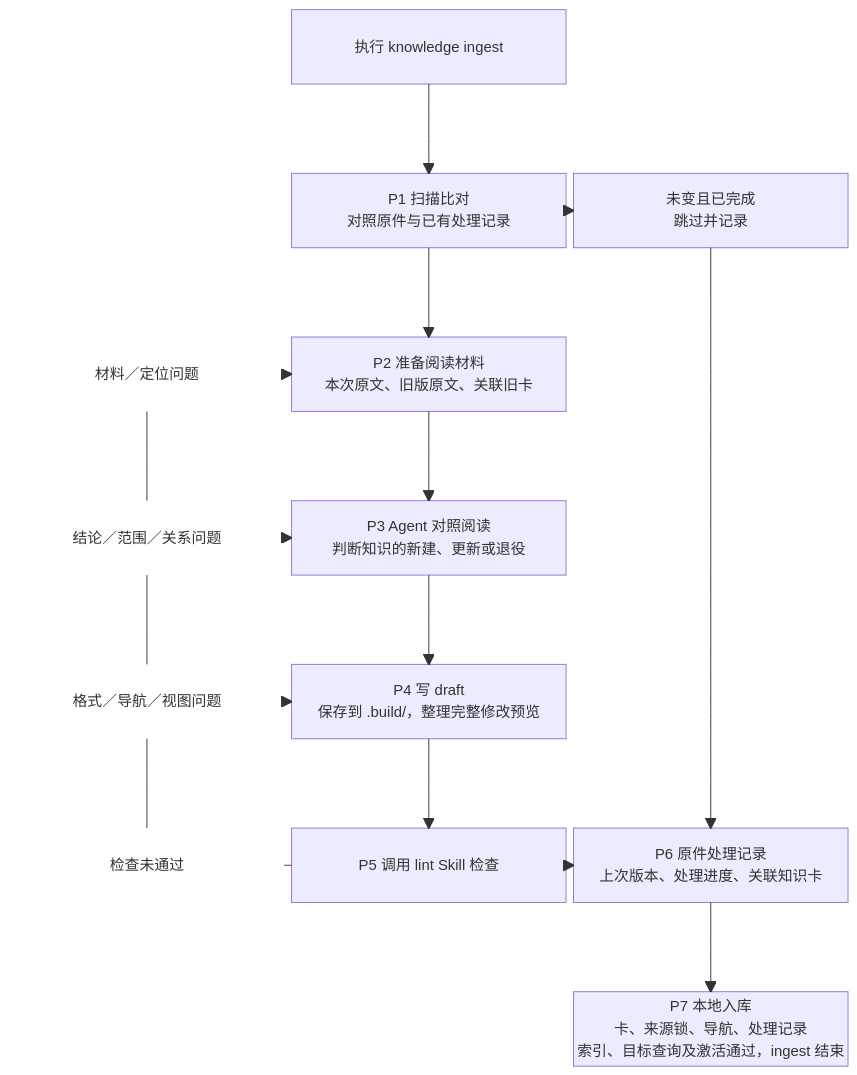
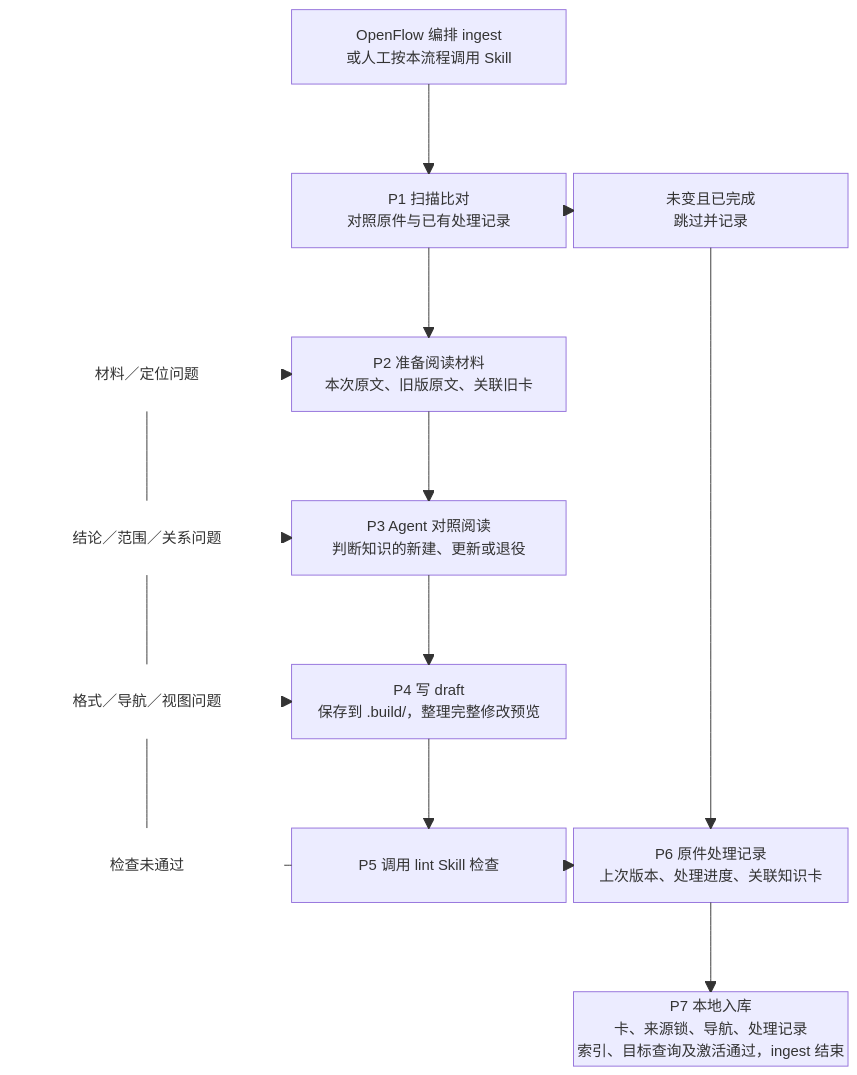
Before and after one commit to Robin-hhc/FactumCore: the fourth of 26 diagrams in himate-knowledge-wifi-mp/docs-llm-wiki/知识库详细设计.md, drawn with Mermaid. The commit also changed other lines of this file and 183 other files, not shown here.

````diff
--- a/himate-knowledge-wifi-mp/docs-llm-wiki/知识库详细设计.md
+++ b/himate-knowledge-wifi-mp/docs-llm-wiki/知识库详细设计.md
@@ -155,39 +155,39 @@
 ```mermaid
 block-beta
     columns 3
-    space CMD["执行 knowledge ingest"] space
+    space CMD["OpenFlow 编排 ingest<br/>或人工按本流程调用 Skill"] space
     space:3
     space P1["P1 扫描比对<br/>对照原件与已有处理记录"] SKIP["未变且已完成<br/>跳过并记录"]
     space:3
     J2["材料／定位问题"] P2["P2 准备阅读材料<br/>本次原文、旧版原文、关联旧卡"] space
     space:3
     J3["结论／范围／关系问题"] P3["P3 Agent 对照阅读<br/>判断知识的新建、更新或退役"] space
     space:3
     J4["格式／导航／视图问题"] P4["P4 写 draft<br/>保存到 .build/，整理完整修改预览"] space
     space:3
     J5["检查未通过"] P5["P5 调用 lint Skill 检查"] P6["P6 原件处理记录<br/>上次版本、处理进度、关联知识卡"]
     space:3
     space:2 P7["P7 本地入库<br/>卡、来源锁、导航、处理记录<br/>索引、目标查询及激活通过，ingest 结束"]
 
     CMD --> P1
     P1 --> P2
     P2 --> P3
     P3 --> P4
     P4 --> P5
     P5 --> P6
     P6 --> P7
 
     P1 --> SKIP
     SKIP --> P6
 
     P5 --- J5
     J5 --- J4
     J4 --- J3
     J3 --- J2
     J2 --> P2
     J3 --> P3
     J4 --> P4
 
     classDef problem fill:none,stroke:none
     class J2,J3,J4,J5 problem
 ```
````
